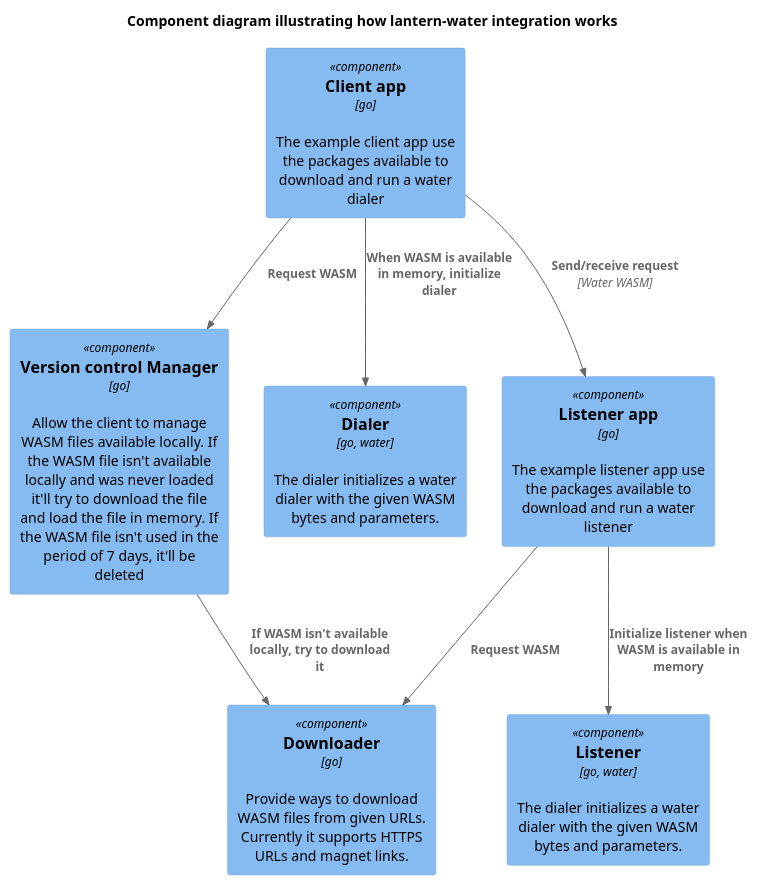
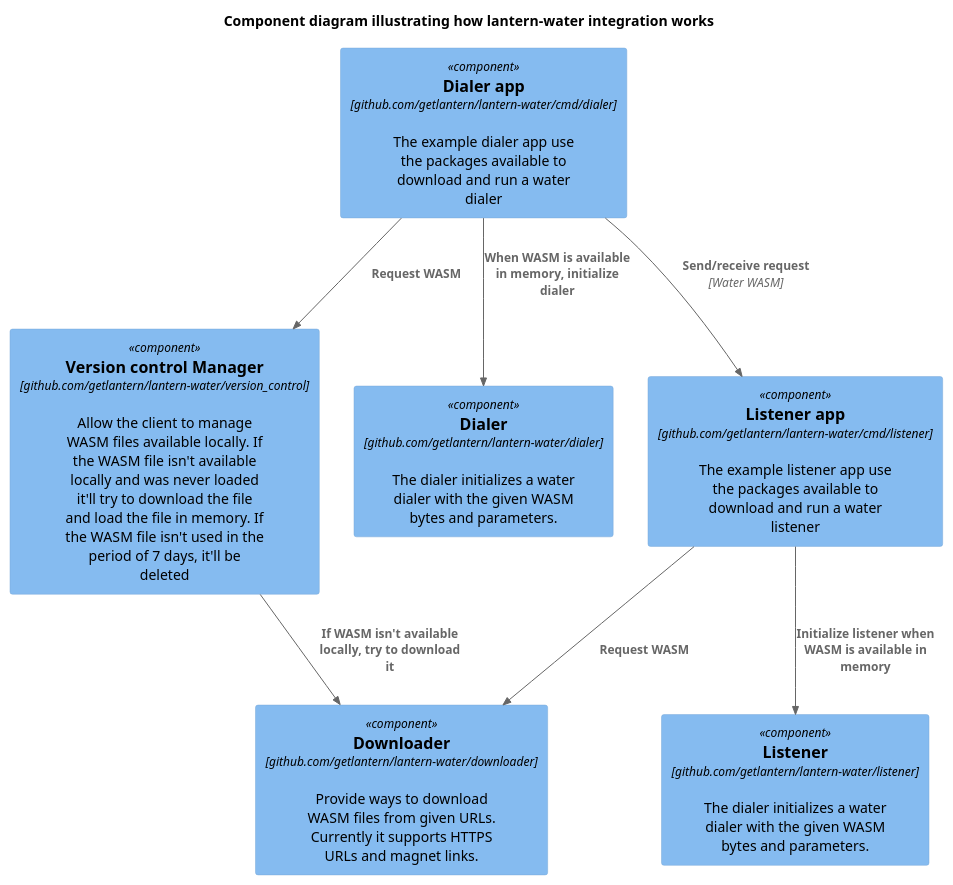
The diagram in docs/component-diagram.puml (getlantern/lantern-water), drawn with PlantUML before and after one commit. The commit also changed 1 other file, not shown here.

Commit message:
fix: updating diagram and puml file for mentioning the package names

```diff
--- a/docs/component-diagram.puml
+++ b/docs/component-diagram.puml
@@ -1,24 +1,23 @@
 @startuml
 !include https://raw.githubusercontent.com/plantuml-stdlib/C4-PlantUML/master/C4_Component.puml
 
 title Component diagram illustrating how lantern-water integration works
 
-Component(versionControl, "Version control Manager", "go", "Allow the client to manage WASM files available locally. If the WASM file isn't available locally and was never loaded it'll try to download the file and load the file in memory. If the WASM file isn't used in the period of 7 days, it'll be deleted")
-Component(downloader, "Downloader", "go", "Provide ways to download WASM files from given URLs. Currently it supports HTTPS URLs and magnet links.")
-Component(dialer, "Dialer", "go, water", "The dialer initializes a water dialer with the given WASM bytes and parameters.")
-Component(clientApp, "Client app", "go", "The example client app use the packages available to download and run a water dialer")
+Component(versionControl, "Version control Manager", "github.com/getlantern/lantern-water/version_control", "Allow the client to manage WASM files available locally. If the WASM file isn't available locally and was never loaded it'll try to download the file and load the file in memory. If the WASM file isn't used in the period of 7 days, it'll be deleted")
+Component(downloader, "Downloader", "github.com/getlantern/lantern-water/downloader", "Provide ways to download WASM files from given URLs. Currently it supports HTTPS URLs and magnet links.")
+Component(dialer, "Dialer", "github.com/getlantern/lantern-water/dialer", "The dialer initializes a water dialer with the given WASM bytes and parameters.")
+Component(dialerApp, "Dialer app", "github.com/getlantern/lantern-water/cmd/dialer", "The example dialer app use the packages available to download and run a water dialer")
 
-Rel(clientApp, versionControl, "Request WASM")
+Rel(dialerApp, versionControl, "Request WASM")
 Rel(versionControl, downloader, "If WASM isn't available locally, try to download it")
-Rel(clientApp, dialer, "When WASM is available in memory, initialize dialer")
+Rel(dialerApp, dialer, "When WASM is available in memory, initialize dialer")
 
-Component(downloader, "Downloader", "go", "Provide ways to download WASM files from given URLs. Currently it supports HTTPS URLs and magnet links.")
-Component(listener, "Listener", "go, water", "The dialer initializes a water dialer with the given WASM bytes and parameters.")
-Component(listenerApp, "Listener app", "go", "The example listener app use the packages available to download and run a water listener")
+Component(listener, "Listener", "github.com/getlantern/lantern-water/listener", "The dialer initializes a water dialer with the given WASM bytes and parameters.")
+Component(listenerApp, "Listener app", "github.com/getlantern/lantern-water/cmd/listener", "The example listener app use the packages available to download and run a water listener")
 
 Rel(listenerApp, downloader, "Request WASM")
 Rel(listenerApp, listener, "Initialize listener when WASM is available in memory")
 
-Rel(clientApp, listenerApp,  "Send/receive request", "Water WASM")
+Rel(dialerApp, listenerApp,  "Send/receive request", "Water WASM")
 
 @enduml
```
